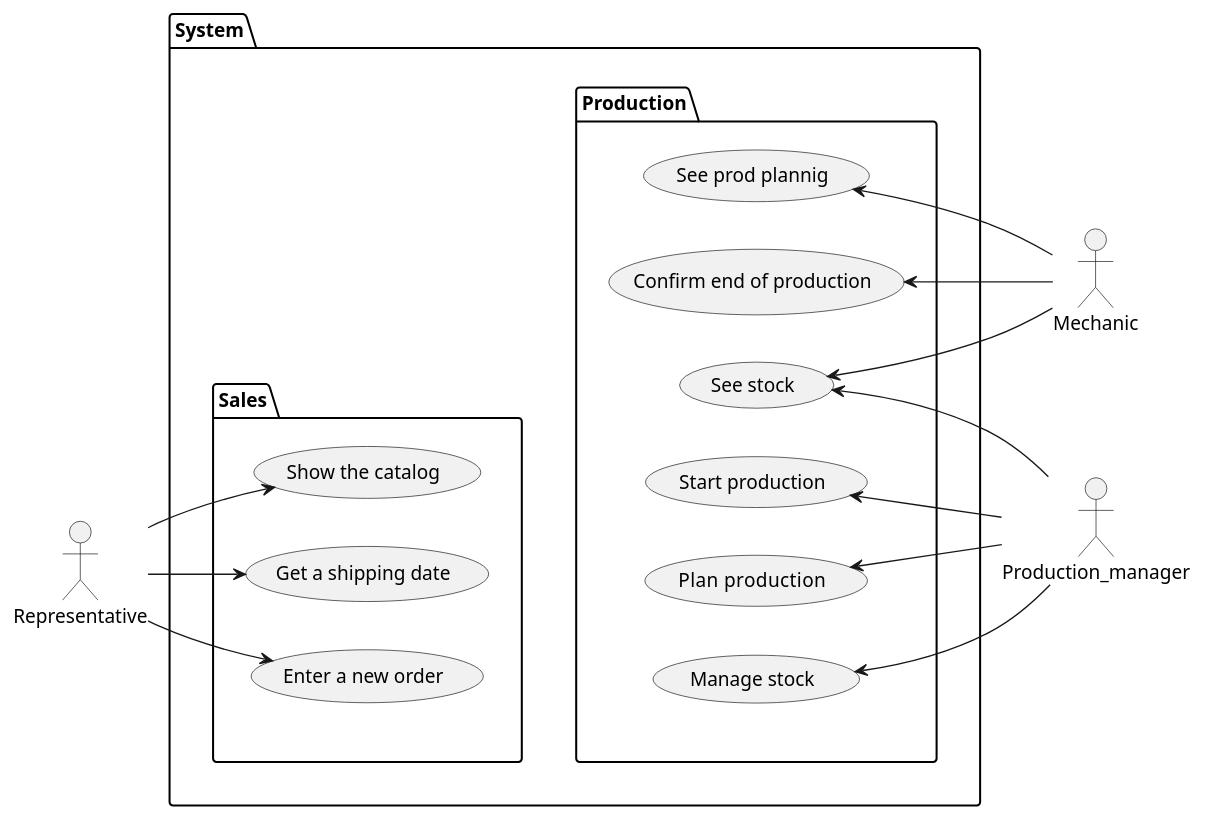
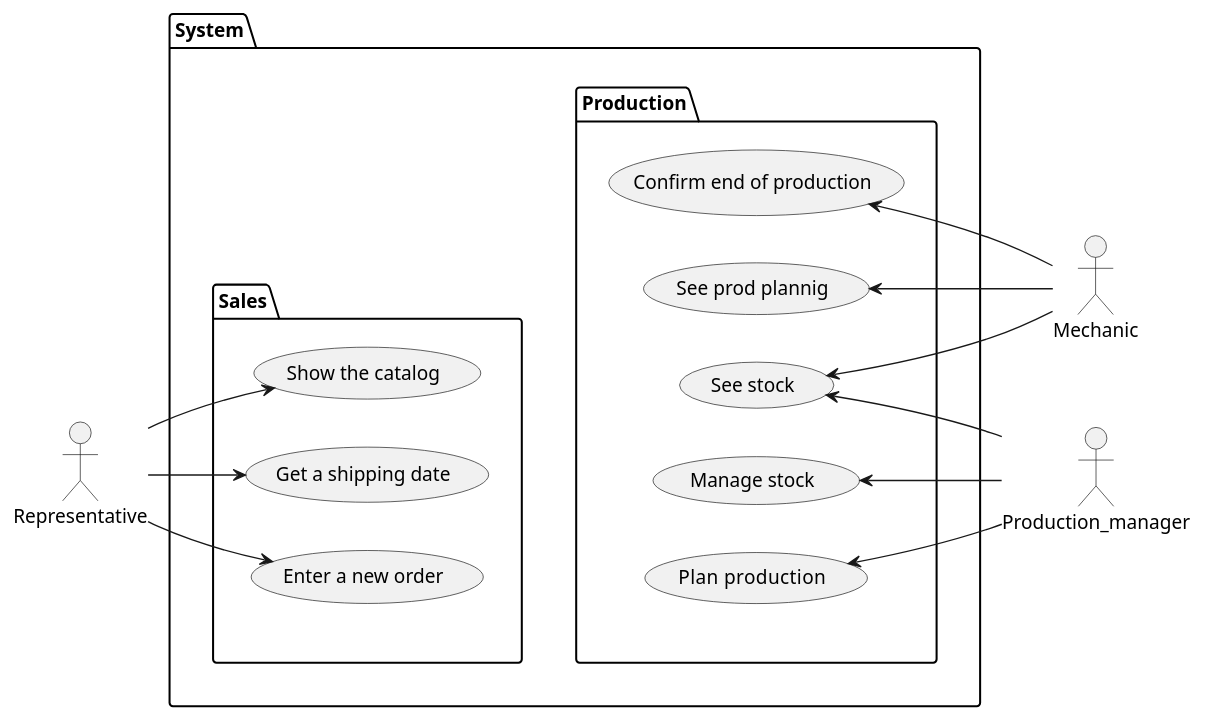
One commit to fred-corp/Bovelo_PG3L_ECAM changed the diagram in diagrams/user-case/System Prototype.plantuml. Above: the diagram before and after it, drawn with PlantUML.

Commit message:
PP-3 removed "Start Production"

```diff
--- a/diagrams/user-case/System Prototype.plantuml
+++ b/diagrams/user-case/System Prototype.plantuml
@@ -1,40 +1,38 @@
 @startuml Prototype
 
 left to right direction
 
 :Representative:
 :Production_manager:
 :Mechanic:
 
 Package System{
 	left to right direction
 	Package Sales{
 		(Show the catalog) as (uc1)
 		(Get a shipping date) as (uc6)
 		(Enter a new order) as (uc5)
 	}
 
 	Package Production{
 		(See prod plannig) as (uc2)
 		(See stock) as (uc3)
 		(Confirm end of production) as (uc4)
-		(Start production) as (uc7)
 		(Plan  production) as (uc8)
 		(Manage stock) as (uc9)
 	}
 }
 
 uc3 <-- Production_manager
-uc7 <-- Production_manager
 uc8 <-- Production_manager
 uc9 <-- Production_manager
 uc2 <-- Mechanic 
 uc3 <-- Mechanic 
 uc4 <-- Mechanic 
 Representative --> uc1
 Representative --> uc5
 Representative --> uc6
 
 Sales -[hidden]-> Production
 
 @enduml
```
